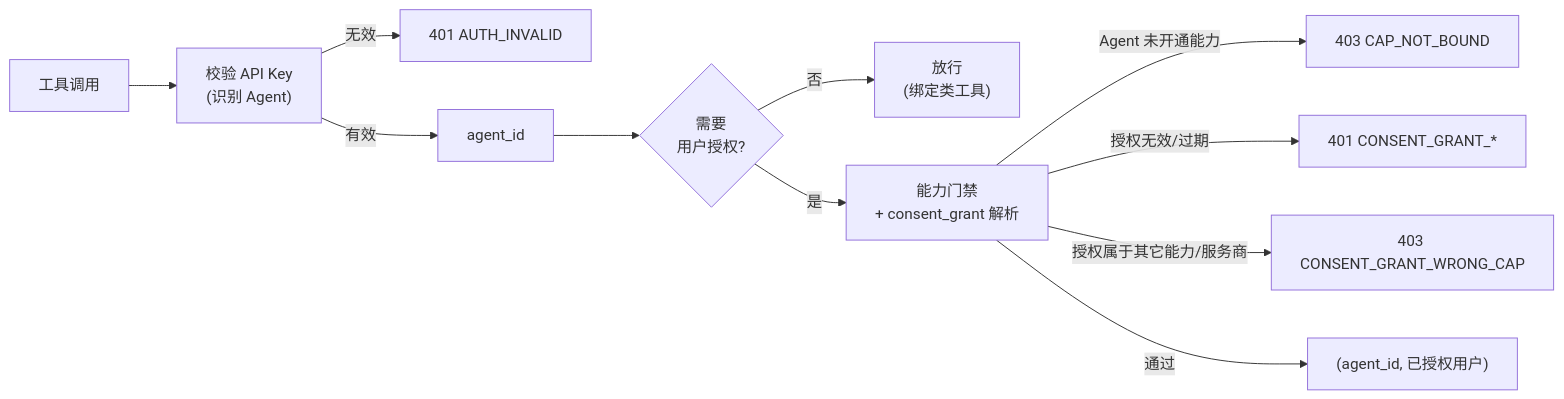
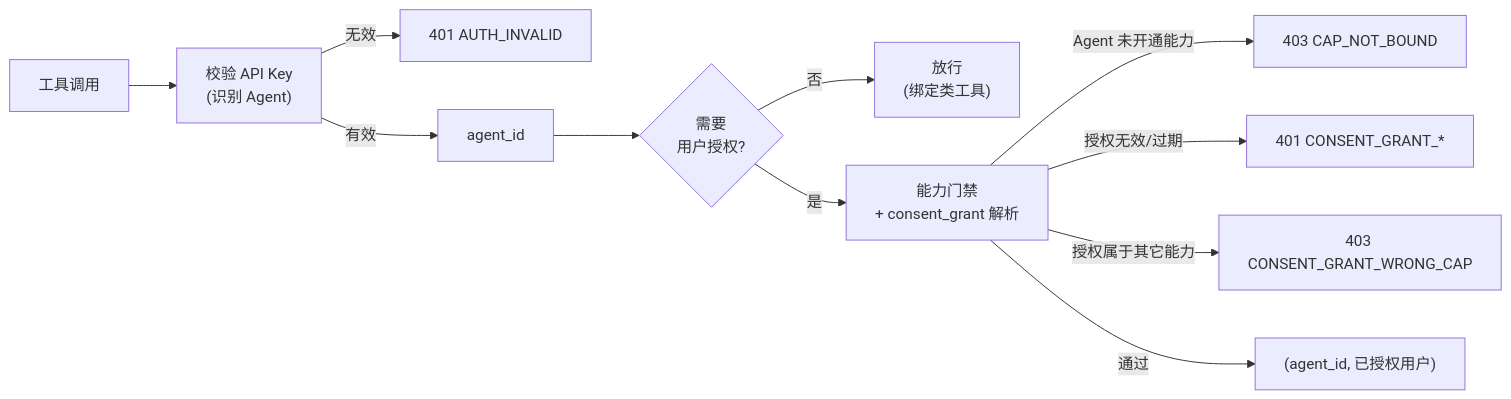
The second of 3 diagrams in gateway/architecture.mdx (clawdot/docs), drawn with Mermaid before and after one commit. The commit also changed other lines of this file and 88 other files, not shown here.

````diff
--- a/gateway/architecture.mdx
+++ b/gateway/architecture.mdx
@@ -93,13 +93,13 @@
 ```mermaid
 flowchart LR
   A["工具调用"] --> B["校验 API Key<br/>(识别 Agent)"]
   B -- 无效 --> E["401 AUTH_INVALID"]
   B -- 有效 --> C["agent_id"]
   C --> D{"需要<br/>用户授权?"}
   D -- 否 --> Z["放行<br/>(绑定类工具)"]
   D -- 是 --> F["能力门禁<br/>+ consent_grant 解析"]
   F -- Agent 未开通能力 --> G["403 CAP_NOT_BOUND"]
   F -- 授权无效/过期 --> H["401 CONSENT_GRANT_*"]
-  F -- 授权属于其它能力/服务商 --> I["403 CONSENT_GRANT_WRONG_CAP"]
+  F -- 授权属于其它能力 --> I["403 CONSENT_GRANT_WRONG_CAP"]
   F -- 通过 --> J["(agent_id, 已授权用户)"]
 ```
````
